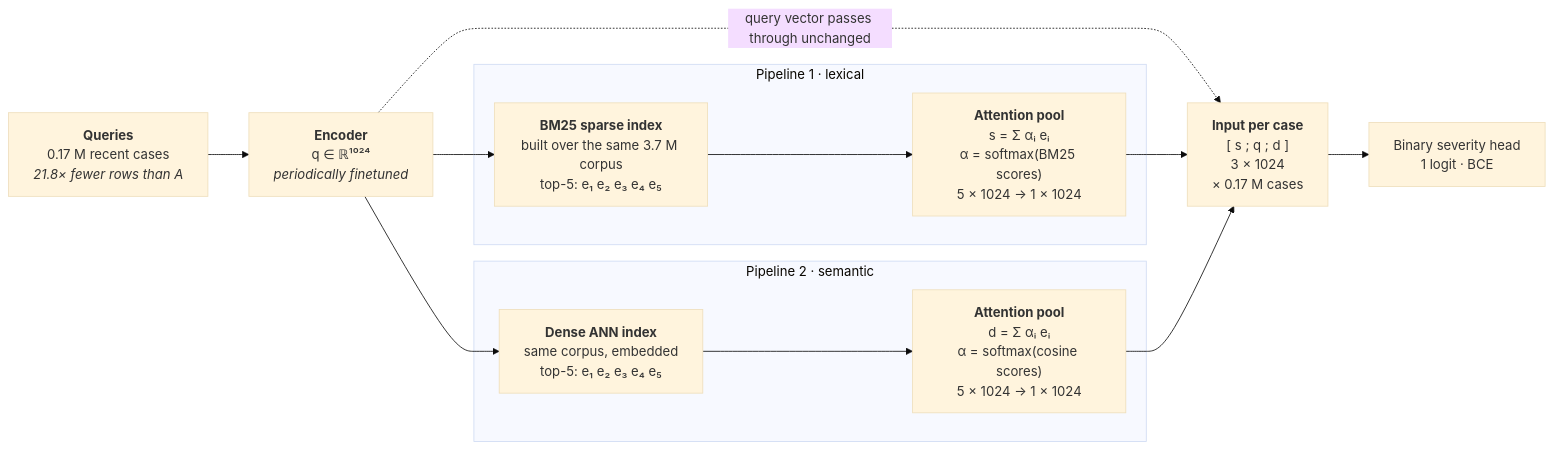
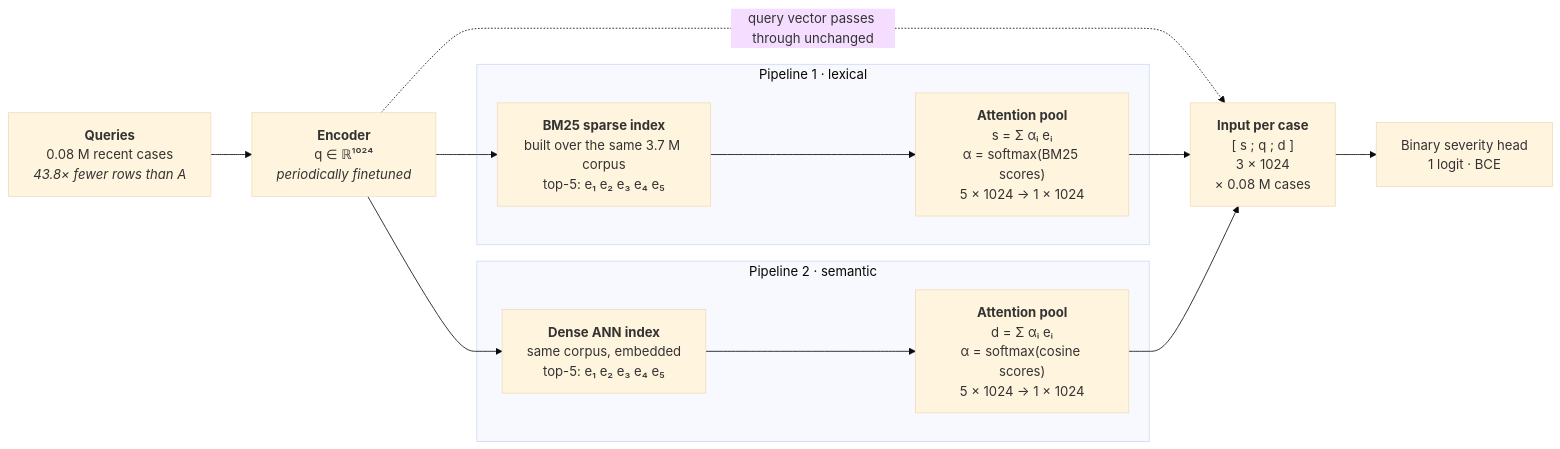
One commit to nexusmed-ai/EMNLP2026 changed the second of 2 diagrams in README.md. Above: the diagram before and after it, drawn with Mermaid (base theme). The commit also changed other lines of this file, not shown here.

First line of the commit message:
Revise input tensor statistics and explanations

````diff
--- a/README.md
+++ b/README.md
@@ -45,28 +45,28 @@
 ```mermaid
 flowchart LR
-    Q["<b>Queries</b><br/>0.17 M recent cases<br/><i>21.8× fewer rows than A</i>"]
+    Q["<b>Queries</b><br/>0.08 M recent cases<br/><i>43.8× fewer rows than A</i>"]
     E["<b>Encoder</b><br/>q ∈ ℝ¹⁰²⁴<br/><i>periodically finetuned</i>"]
 
     subgraph P1["Pipeline 1 · lexical"]
         S["<b>BM25 sparse index</b><br/>built over the same 3.7 M corpus<br/>top-5: e₁ e₂ e₃ e₄ e₅"]
         SP["<b>Attention pool</b><br/>s = Σ αᵢ eᵢ<br/>α = softmax(BM25 scores)<br/>5 × 1024 → 1 × 1024"]
         S --> SP
     end
 
     subgraph P2["Pipeline 2 · semantic"]
         D["<b>Dense ANN index</b><br/>same corpus, embedded<br/>top-5: e₁ e₂ e₃ e₄ e₅"]
         DP["<b>Attention pool</b><br/>d = Σ αᵢ eᵢ<br/>α = softmax(cosine scores)<br/>5 × 1024 → 1 × 1024"]
         D --> DP
     end
 
-    T["<b>Input per case</b><br/>[ s ; q ; d ]<br/>3 × 1024<br/>× 0.17 M cases"]
+    T["<b>Input per case</b><br/>[ s ; q ; d ]<br/>3 × 1024<br/>× 0.08 M cases"]
     H["Binary severity head<br/>1 logit · BCE"]
 
     Q --> E
     E --> S
     E --> D
     E -.->|"query vector passes through unchanged"| T
     SP --> T
     DP --> T
     T --> H
 ```
````
